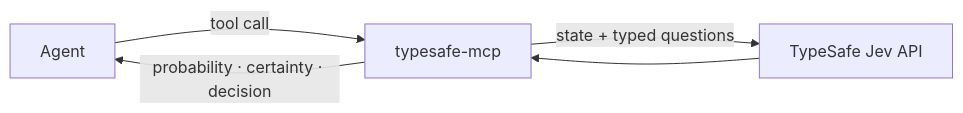
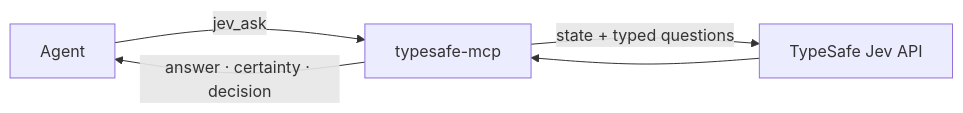
One commit to MarkChu-git/typesafe-mcp changed the diagram in README.md. Above: the diagram before and after it, drawn with Mermaid. The commit also changed other lines of this file and 171 other files, not shown here.

First line of the commit message:
feat(tools)!: expose jev_ask by default with compact answers and files mode (#16)

````diff
--- a/README.md
+++ b/README.md
@@ -24,7 +24,7 @@
 ```mermaid
 flowchart LR
-    A[Agent] -->|tool call| M[typesafe-mcp]
+    A[Agent] -->|jev_ask| M[typesafe-mcp]
     M -->|state + typed questions| J[TypeSafe Jev API]
     J --> M
-    M -->|probability · certainty · decision| A
+    M -->|answer · certainty · decision| A
 ```
````
